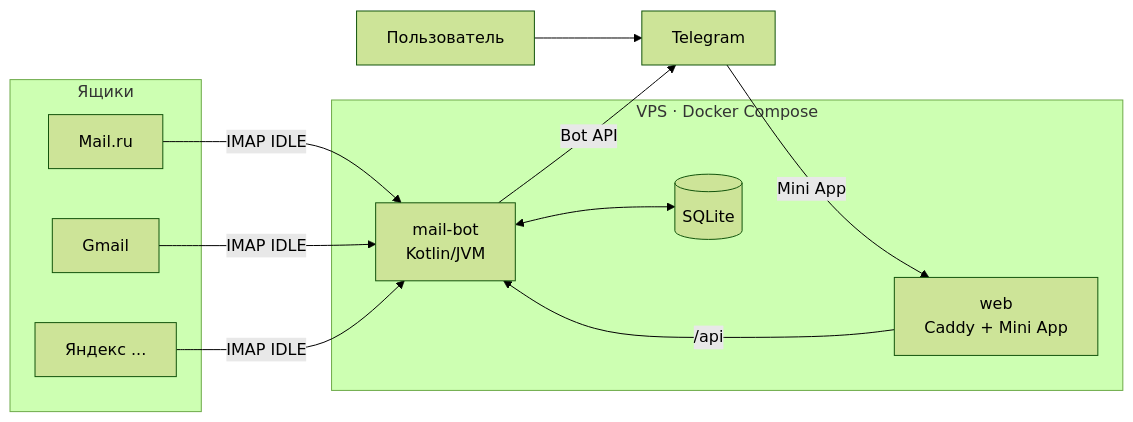
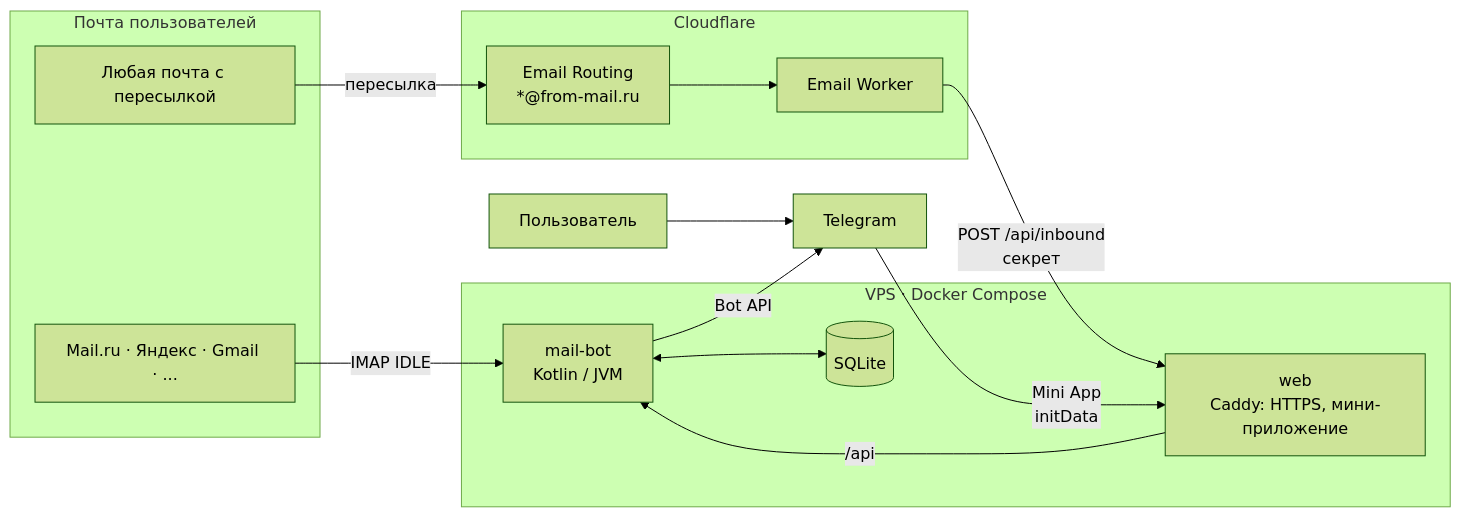
The diagram in README.ru.md (LightSmit/mail-to-telegram-bot), drawn with Mermaid (forest theme) before and after one commit. The commit also changed other lines of this file and 1 other file, not shown here.

````diff
--- a/README.ru.md
+++ b/README.ru.md
@@ -66,19 +151,23 @@
 ```mermaid
 flowchart LR
-    subgraph Ящики
-        M1[Mail.ru]
-        M2[Gmail]
-        M3[Яндекс ...]
+    subgraph Mail[Почта пользователей]
+        M1[Mail.ru · Яндекс · Gmail · ...]
+        M2[Любая почта с пересылкой]
     end
-    subgraph Сервер [VPS · Docker Compose]
-        B[mail-bot<br/>Kotlin/JVM]
+    subgraph CF[Cloudflare]
+        ER[Email Routing<br/>*@from-mail.ru]
+        EW[Email Worker]
+    end
+    subgraph VPS[VPS · Docker Compose]
+        W[web<br/>Caddy: HTTPS, мини-приложение]
+        B[mail-bot<br/>Kotlin / JVM]
         DB[(SQLite)]
-        W[web<br/>Caddy + Mini App]
     end
-    M1 & M2 & M3 -- IMAP IDLE --> B
+    M1 -- IMAP IDLE --> B
+    M2 -- пересылка --> ER --> EW -- POST /api/inbound<br/>секрет --> W
+    W -- /api --> B
     B <--> DB
     B -- Bot API --> T[Telegram]
     U[Пользователь] --> T
-    T -- Mini App --> W
-    W -- /api --> B
+    T -- Mini App<br/>initData --> W
 ```
````
